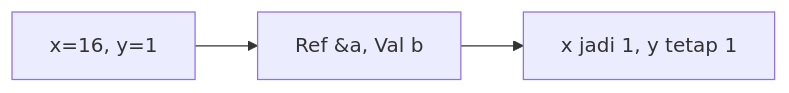
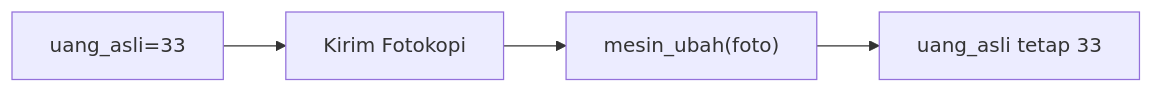
Before and after one commit to amnahwaida/OSNK_INF_PREP: diagram 11 of 25 in part-c-pemahaman-cpp/04-fungsi/latihan/set-11.md, drawn with Mermaid. The commit also changed other lines of this file and 71 other files, not shown here.

````diff
--- a/part-c-pemahaman-cpp/04-fungsi/latihan/set-11.md
+++ b/part-c-pemahaman-cpp/04-fungsi/latihan/set-11.md
@@ -289,5 +301,6 @@
 ```mermaid
 graph LR
-A["x=16, y=1"] --> B["Ref &a, Val b"]
-B --> C["x jadi 1, y tetap 1"]
+A["uang_asli=33"] --> B["Kirim Fotokopi"]
+B --> C["mesin_ubah(foto)"]
+C --> D["uang_asli tetap 33"]
 ```
````
